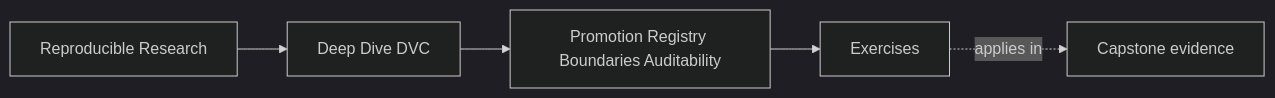
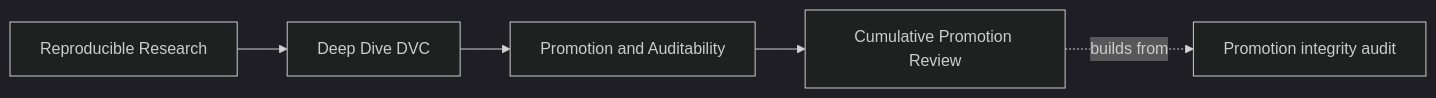
The first of 2 diagrams in programs/reproducible-research/deep-dive-dvc/course-book/module-09-promotion-registry-boundaries-auditability/exercises.md (bijux/bijux-masterclass), drawn with Mermaid (dark theme) before and after one commit. The commit also changed other lines of this file, not shown here.

Commit message:
docs(dvc): make promotion practice evidence driven

````diff
--- a/programs/reproducible-research/deep-dive-dvc/course-book/module-09-promotion-registry-boundaries-auditability/exercises.md
+++ b/programs/reproducible-research/deep-dive-dvc/course-book/module-09-promotion-registry-boundaries-auditability/exercises.md
@@ -7,11 +5,11 @@
 ```mermaid
 graph LR
   family["Reproducible Research"]
   program["Deep Dive DVC"]
-  section["Promotion Registry Boundaries Auditability"]
-  page["Exercises"]
-  capstone["Capstone evidence"]
+  section["Promotion and Auditability"]
+  page["Cumulative Promotion Review"]
+  evidence["Promotion integrity audit"]
 
   family --> program --> section --> page
-  page -.applies in.-> capstone
+  page -.builds from.-> evidence
 ```
````
